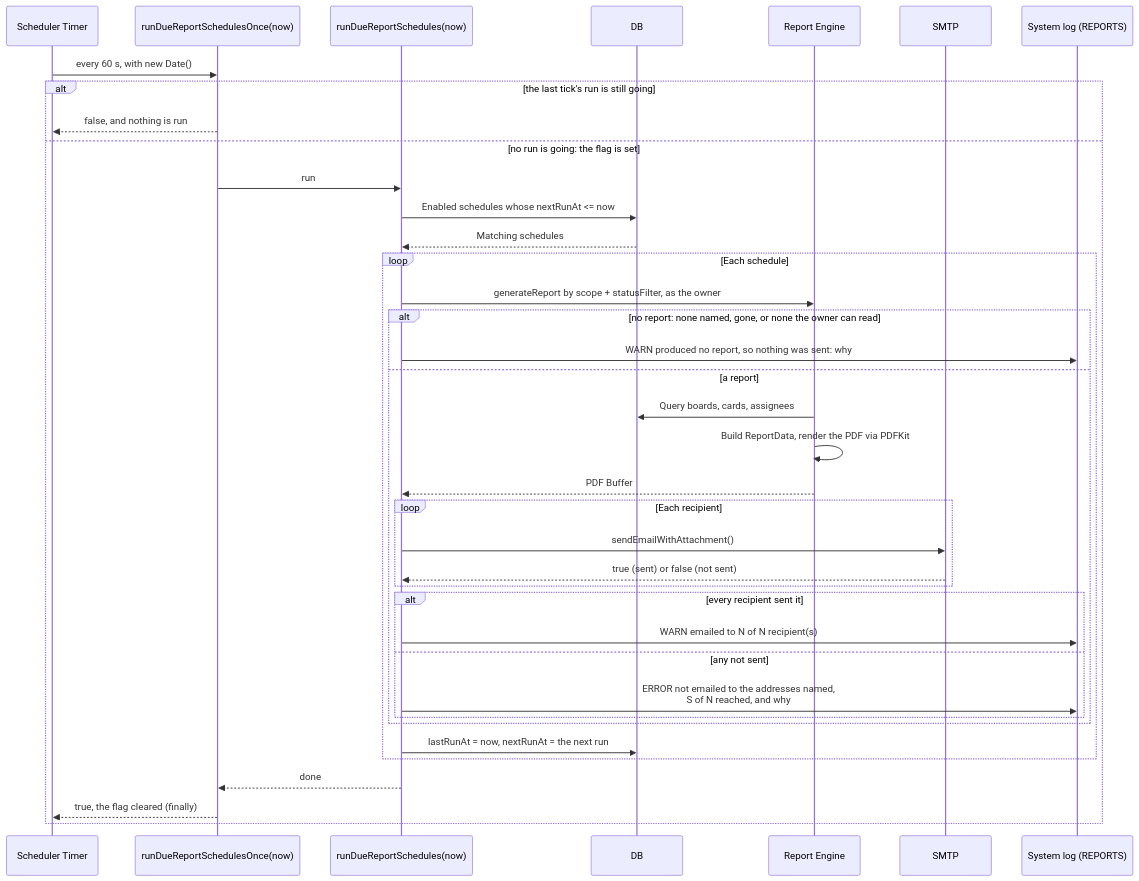
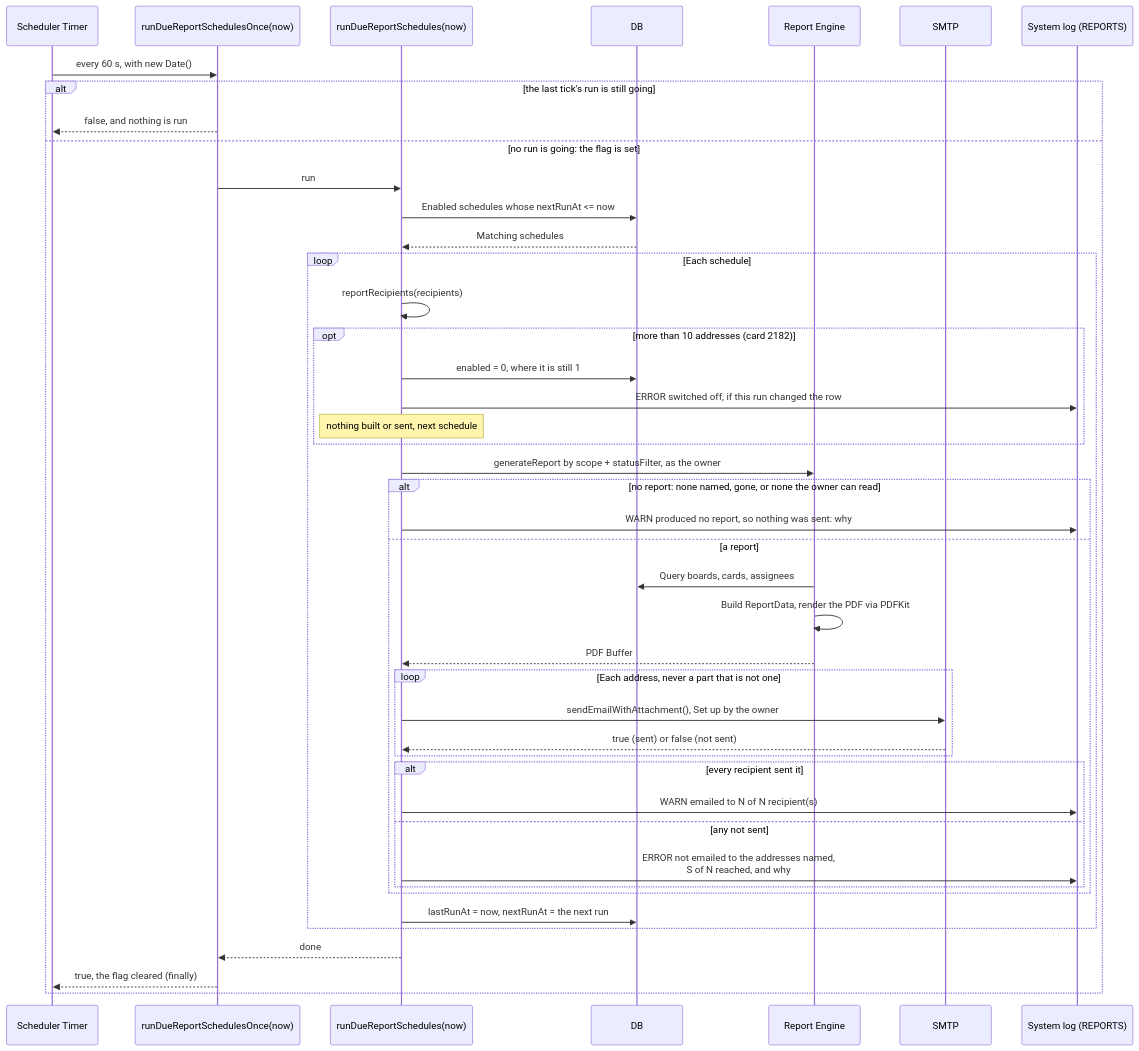
Before and after one commit to gitBoon/DumpFire: the seventh of 7 diagrams in docs/backup-reporting.md, drawn with Mermaid. The commit also changed other lines of this file and 42 other files, not shown here.

````diff
--- a/docs/backup-reporting.md
+++ b/docs/backup-reporting.md
@@ -352,42 +391,48 @@
 ```mermaid
 sequenceDiagram
     participant Timer as Scheduler Timer
     participant Once as runDueReportSchedulesOnce(now)
     participant Run as runDueReportSchedules(now)
     participant DB
     participant Engine as Report Engine
     participant SMTP
     participant Log as System log (REPORTS)
 
     Timer->>Once: every 60 s, with new Date()
     alt the last tick's run is still going
         Once-->>Timer: false, and nothing is run
     else no run is going: the flag is set
         Once->>Run: run
         Run->>DB: Enabled schedules whose nextRunAt <= now
         DB-->>Run: Matching schedules
 
         loop Each schedule
+            Run->>Run: reportRecipients(recipients)
+            opt more than 10 addresses (card 2182)
+                Run->>DB: enabled = 0, where it is still 1
+                Run->>Log: ERROR switched off, if this run changed the row
+                Note over Run: nothing built or sent, next schedule
+            end
             Run->>Engine: generateReport by scope + statusFilter, as the owner
             alt no report: none named, gone, or none the owner can read
                 Run->>Log: WARN produced no report, so nothing was sent: why
             else a report
                 Engine->>DB: Query boards, cards, assignees
                 Engine->>Engine: Build ReportData, render the PDF via PDFKit
                 Engine-->>Run: PDF Buffer
-                loop Each recipient
-                    Run->>SMTP: sendEmailWithAttachment()
+                loop Each address, never a part that is not one
+                    Run->>SMTP: sendEmailWithAttachment(), Set up by the owner
                     SMTP-->>Run: true (sent) or false (not sent)
                 end
                 alt every recipient sent it
                     Run->>Log: WARN emailed to N of N recipient(s)
                 else any not sent
                     Run->>Log: ERROR not emailed to the addresses named,<br/>S of N reached, and why
                 end
             end
             Run->>DB: lastRunAt = now, nextRunAt = the next run
         end
         Run-->>Once: done
         Once-->>Timer: true, the flag cleared (finally)
     end
 ```
````
